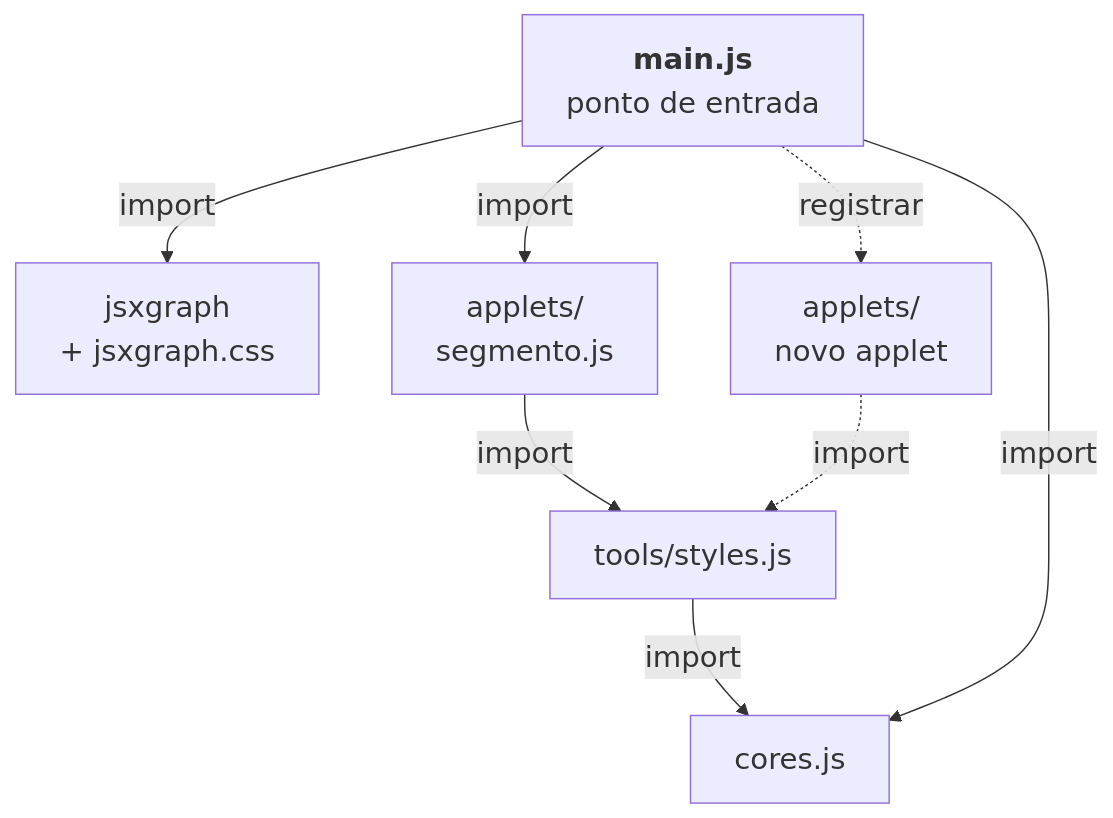
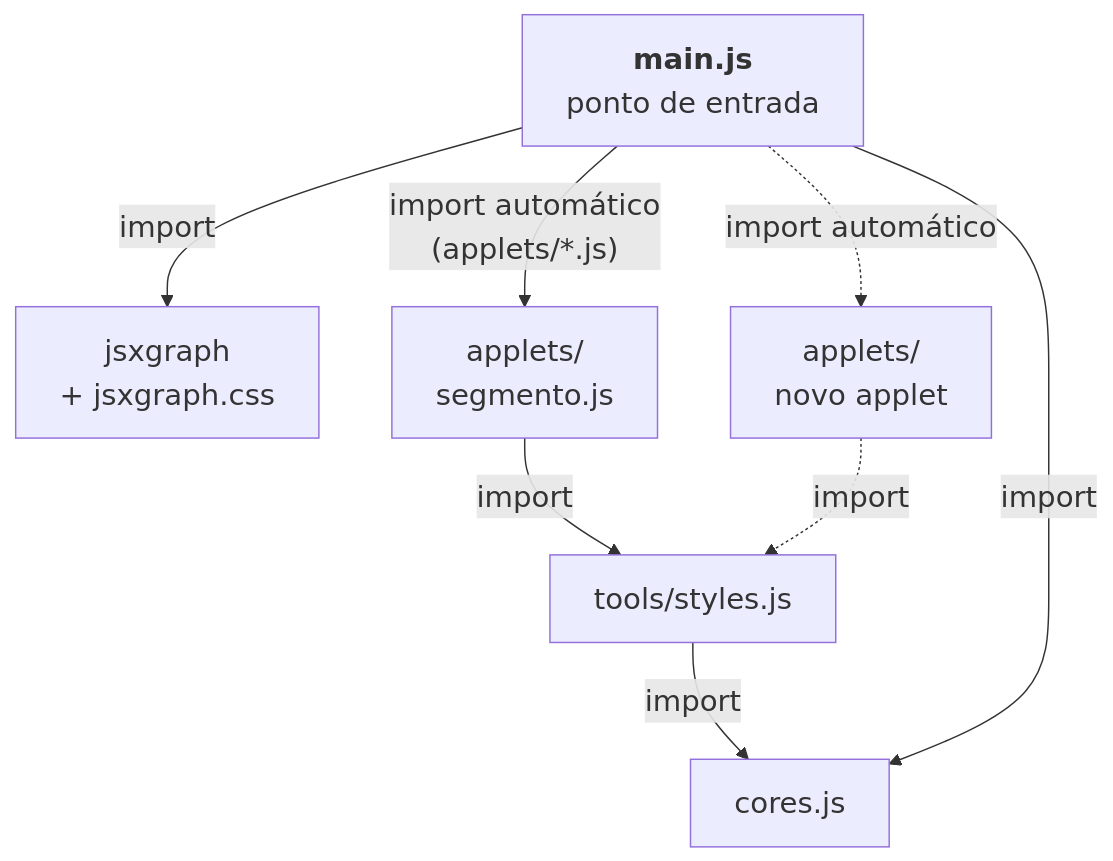
One commit to lcmerlo/livro-online-fcg changed the fifth of 9 diagrams in _interno/diretrizes/arquitetura.md. Above: the diagram before and after it, drawn with Mermaid. The commit also changed other lines of this file and 7 other files, not shown here.

````diff
--- a/_interno/diretrizes/arquitetura.md
+++ b/_interno/diretrizes/arquitetura.md
@@ -289,18 +289,18 @@
 ```mermaid
 %%{init: {"themeVariables": {"fontSize": "20px"}, "flowchart": {"wrappingWidth": 420}}}%%
 flowchart TD
     main["<b>main.js</b><br/>ponto de entrada"]
     jxg["jsxgraph<br/>+ jsxgraph.css"]
     seg["applets/<br/>segmento.js"]
     novo["applets/<br/>novo applet"]
     styles["tools/styles.js"]
     cores["cores.js"]
 
     main -->|"import"| jxg
-    main -->|"import"| seg
-    main -.->|"registrar"| novo
+    main -->|"import automático<br/>(applets/*.js)"| seg
+    main -.->|"import automático"| novo
     seg -->|"import"| styles
     novo -.->|"import"| styles
     styles -->|"import"| cores
     main -->|"import"| cores
 ```
````
